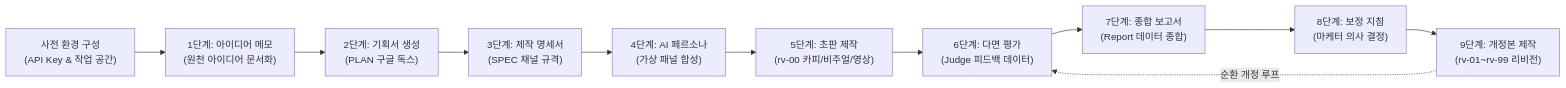
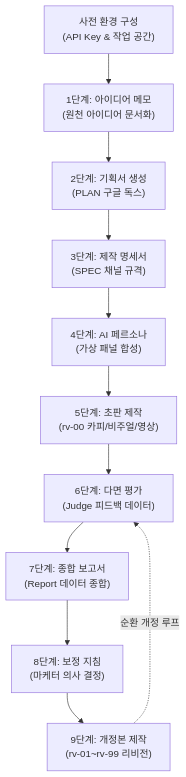
The diagram in samples/gws-marketing-content-pipeline/README.md (jiangjun-forge/google-cloud-0-to-1), drawn with Mermaid before and after one commit. The commit also changed other lines of this file and 47 other files, not shown here.

````diff
--- a/samples/gws-marketing-content-pipeline/README.md
+++ b/samples/gws-marketing-content-pipeline/README.md
@@ -53,13 +53,13 @@
 ```mermaid
-flowchart LR
+flowchart TB
     A["사전 환경 구성<br/>(API Key & 작업 공간)"] --> B["1단계: 아이디어 메모<br/>(원천 아이디어 문서화)"]
     B --> C["2단계: 기획서 생성<br/>(PLAN 구글 독스)"]
     C --> D["3단계: 제작 명세서<br/>(SPEC 채널 규격)"]
     D --> E["4단계: AI 페르소나<br/>(가상 패널 합성)"]
     E --> F["5단계: 초판 제작<br/>(rv-00 카피/비주얼/영상)"]
     F --> G["6단계: 다면 평가<br/>(Judge 피드백 데이터)"]
     G --> H["7단계: 종합 보고서<br/>(Report 데이터 종합)"]
     H --> I["8단계: 보정 지침<br/>(마케터 의사 결정)"]
     I --> J["9단계: 개정본 제작<br/>(rv-01~rv-99 리비전)"]
     J -.->|순환 개정 루프| G
 ```
````
